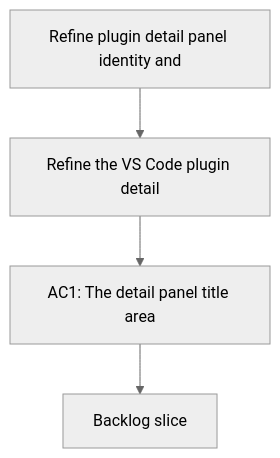
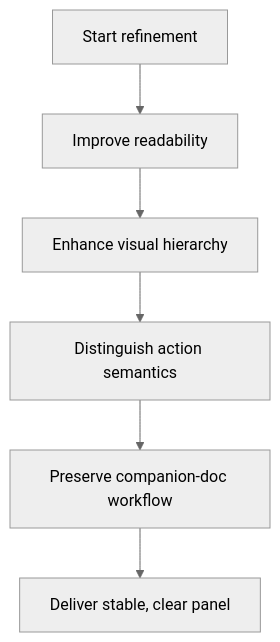
The diagram in logics/request/req_024_refine_plugin_detail_panel_identity_and_action_hierarchy.md (AlexAgo83/logics-manager), drawn with Mermaid (neutral theme) before and after one commit. The commit also changed other lines of this file and 54 other files, not shown here.

````diff
--- a/logics/request/req_024_refine_plugin_detail_panel_identity_and_action_hierarchy.md
+++ b/logics/request/req_024_refine_plugin_detail_panel_identity_and_action_hierarchy.md
@@ -37,8 +37,10 @@
 ```mermaid
 %% logics-kind: request
 %% logics-signature: request|refine-plugin-detail-panel-identity-and-|refine-the-vs-code-plugin-detail|ac1-the-detail-panel-title-area
 flowchart TD
-    Trigger[Refine plugin detail panel identity and] --> Need[Refine the VS Code plugin detail]
-    Need --> Outcome[AC1: The detail panel title area]
-    Outcome --> Backlog[Backlog slice]
+    Trigger[Start refinement] --> Readability[Improve readability]
+    Readability --> Hierarchy[Enhance visual hierarchy]
+    Hierarchy --> Actions[Distinguish action semantics]
+    Actions --> Preserve[Preserve companion-doc workflow]
+    Preserve --> Outcome[Deliver stable, clear panel]
 ```
````
